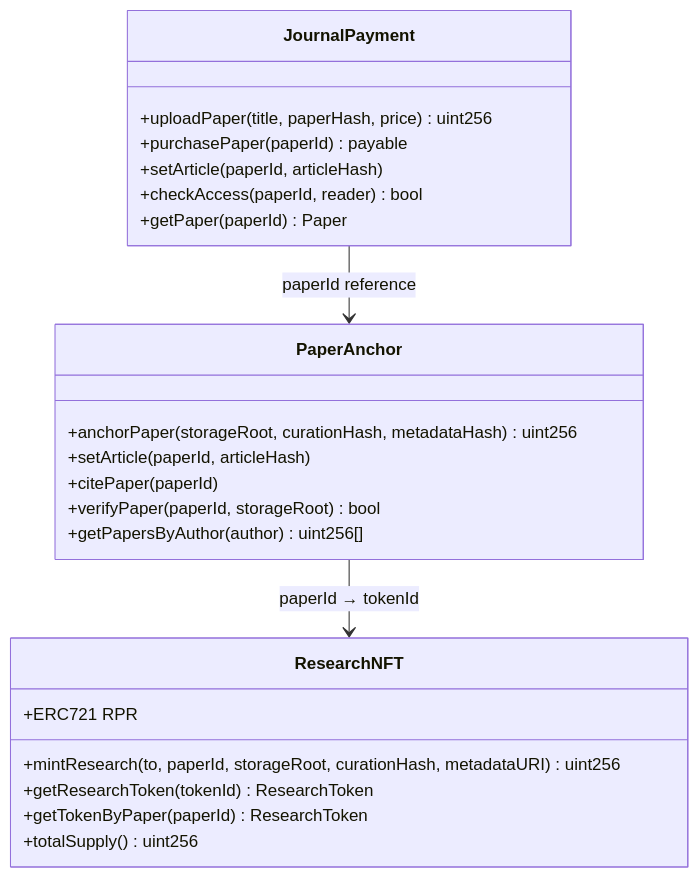
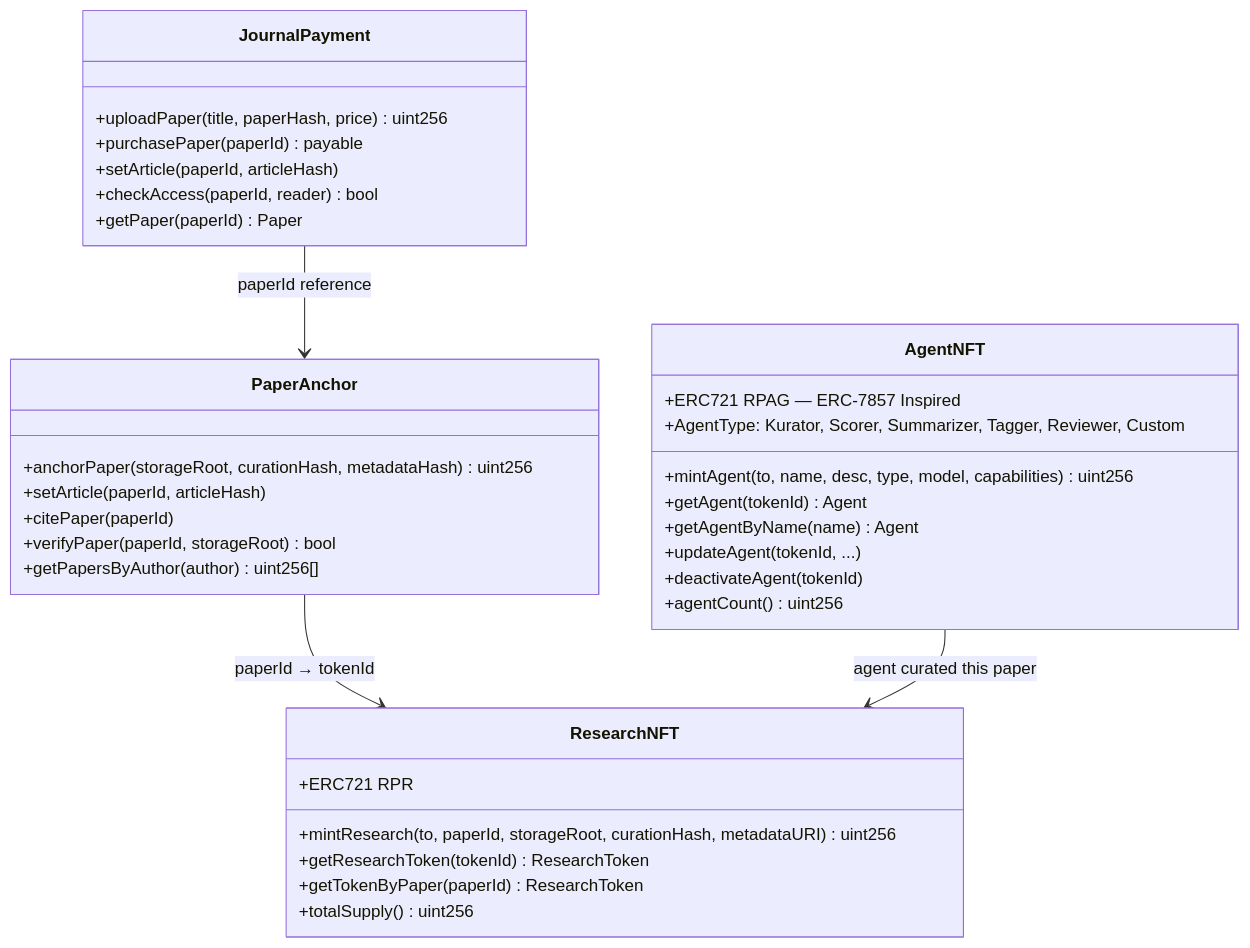
The fourth of 4 diagrams in README.md (dwlpra/rumah-peneliti), drawn with Mermaid before and after one commit. The commit also changed other lines of this file and 17 other files, not shown here.

First line of the commit message:
feat: on-chain AI agent identity (ERC-7857 inspired), 4th contract on 0G mainnet

````diff
--- a/README.md
+++ b/README.md
@@ -189,29 +258,41 @@
 ```mermaid
 classDiagram
     class JournalPayment {
         +uploadPaper(title, paperHash, price) uint256
         +purchasePaper(paperId) payable
         +setArticle(paperId, articleHash)
         +checkAccess(paperId, reader) bool
         +getPaper(paperId) Paper
     }
 
     class PaperAnchor {
         +anchorPaper(storageRoot, curationHash, metadataHash) uint256
         +setArticle(paperId, articleHash)
         +citePaper(paperId)
         +verifyPaper(paperId, storageRoot) bool
         +getPapersByAuthor(author) uint256[]
     }
 
     class ResearchNFT {
         +ERC721 RPR
         +mintResearch(to, paperId, storageRoot, curationHash, metadataURI) uint256
         +getResearchToken(tokenId) ResearchToken
         +getTokenByPaper(paperId) ResearchToken
         +totalSupply() uint256
     }
 
+    class AgentNFT {
+        +ERC721 RPAG — ERC-7857 Inspired
+        +mintAgent(to, name, desc, type, model, capabilities) uint256
+        +getAgent(tokenId) Agent
+        +getAgentByName(name) Agent
+        +updateAgent(tokenId, ...)
+        +deactivateAgent(tokenId)
+        +agentCount() uint256
+        +AgentType: Kurator, Scorer, Summarizer, Tagger, Reviewer, Custom
+    }
+
     JournalPayment --> PaperAnchor : paperId reference
     PaperAnchor --> ResearchNFT : paperId → tokenId
+    AgentNFT --> ResearchNFT : agent curated this paper
 ```
````
